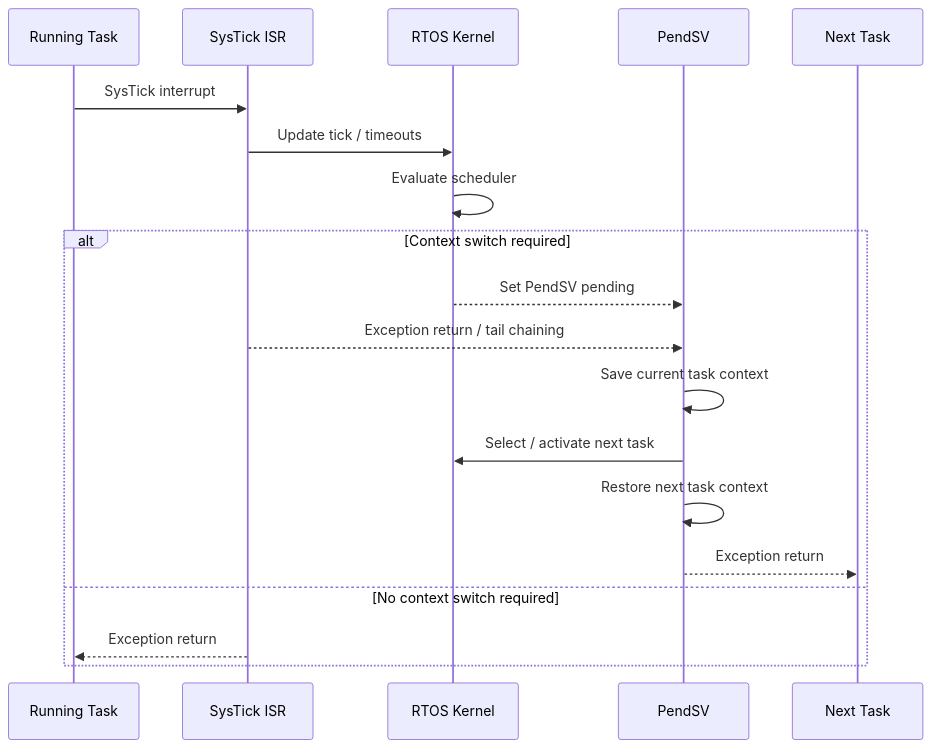
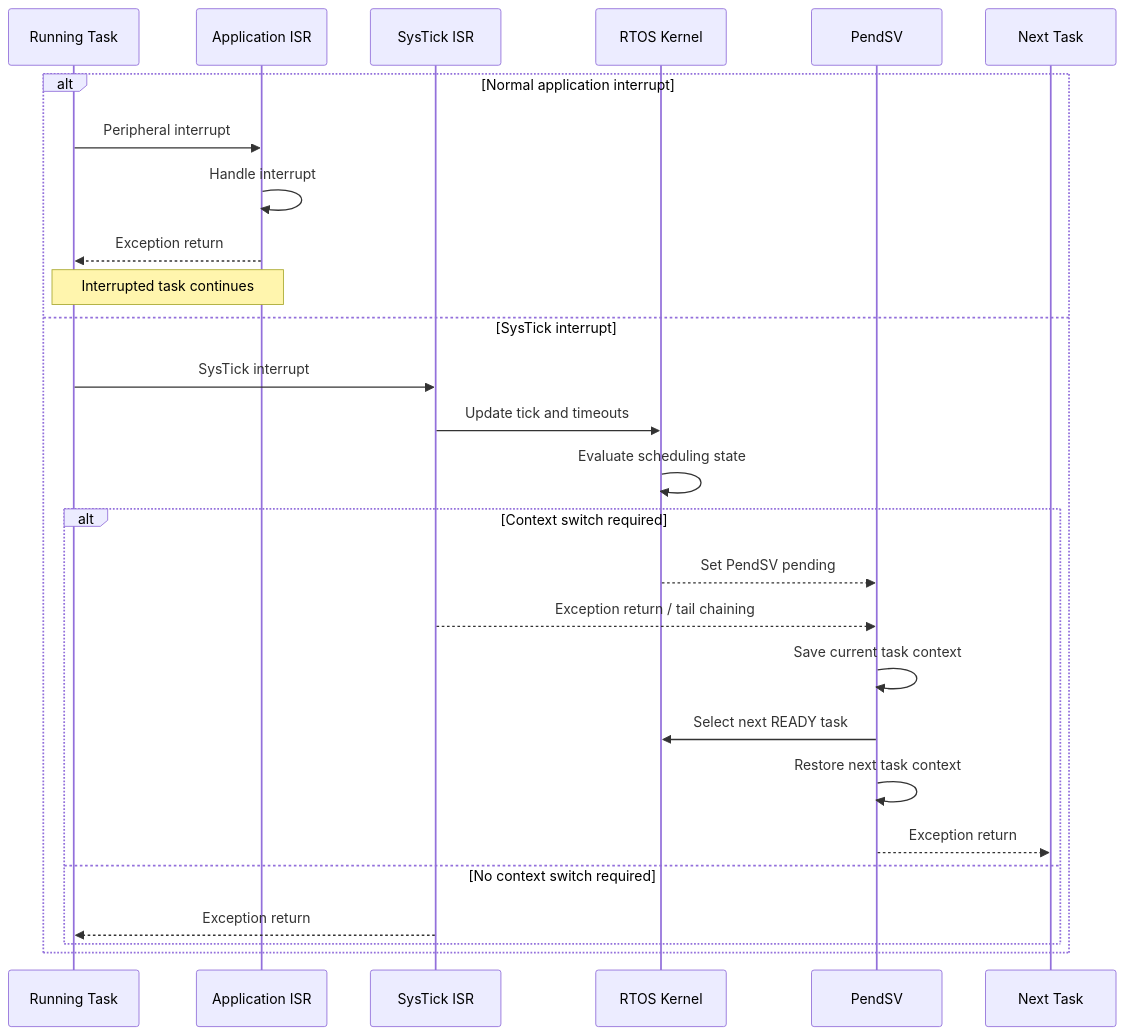
One commit to jerohavaz/RTOS changed the fourth of 6 diagrams in stm32l475-rtos/ARCHITECTURE.md. Above: the diagram before and after it, drawn with Mermaid.

Commit message:
docs(fix): architecture diagram should match description

````diff
--- a/stm32l475-rtos/ARCHITECTURE.md
+++ b/stm32l475-rtos/ARCHITECTURE.md
@@ -178,23 +178,31 @@
 ```mermaid
 sequenceDiagram
     participant T as Running Task
+    participant ISR as Application ISR
     participant ST as SysTick ISR
     participant K as RTOS Kernel
     participant PS as PendSV
     participant N as Next Task
 
-    T->>ST: SysTick interrupt
-    ST->>K: Update tick / timeouts
-    K->>K: Evaluate scheduler
+    alt Normal application interrupt
+        T->>ISR: Peripheral interrupt
+        ISR->>ISR: Handle interrupt
+        ISR-->>T: Exception return
+        Note over T,ISR: Interrupted task continues
+    else SysTick interrupt
+        T->>ST: SysTick interrupt
+        ST->>K: Update tick and timeouts
+        K->>K: Evaluate scheduling state
 
-    alt Context switch required
-        K-->>PS: Set PendSV pending
-        ST-->>PS: Exception return / tail chaining
-        PS->>PS: Save current task context
-        PS->>K: Select / activate next task
-        PS->>PS: Restore next task context
-        PS-->>N: Exception return
-    else No context switch required
-        ST-->>T: Exception return
+        alt Context switch required
+            K-->>PS: Set PendSV pending
+            ST-->>PS: Exception return / tail chaining
+            PS->>PS: Save current task context
+            PS->>K: Select next READY task
+            PS->>PS: Restore next task context
+            PS-->>N: Exception return
+        else No context switch required
+            ST-->>T: Exception return
+        end
     end
 ```
````
